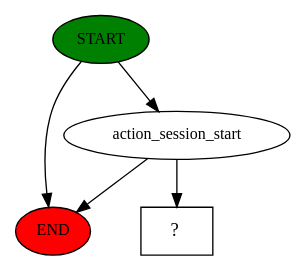
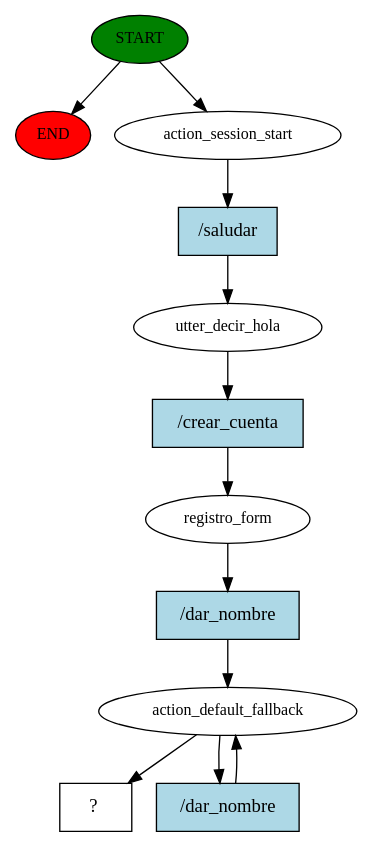
The diagram in story_graph.dot (Daniel45450/chatbot_exploratoria), drawn with Graphviz before and after one commit. The commit also changed 7 other files, not shown here.

```diff
--- a/story_graph.dot
+++ b/story_graph.dot
@@ -1,10 +1,24 @@
 digraph  {
 0 [class="start active", fillcolor=green, fontsize=12, label=START, style=filled];
 "-1" [class=end, fillcolor=red, fontsize=12, label=END, style=filled];
 1 [class=active, fontsize=12, label=action_session_start];
-3 [class="intent dashed active", label="  ?  ", shape=rect];
+2 [class=active, fontsize=12, label=utter_decir_hola];
+3 [class=active, fontsize=12, label=registro_form];
+4 [class=active, fontsize=12, label=action_default_fallback];
+6 [class="intent dashed active", label="  ?  ", shape=rect];
+7 [class="intent active", fillcolor=lightblue, label="/saludar", shape=rect, style=filled];
+8 [class="intent active", fillcolor=lightblue, label="/crear_cuenta", shape=rect, style=filled];
+9 [class="intent active", fillcolor=lightblue, label="/dar_nombre", shape=rect, style=filled];
+10 [class="intent active", fillcolor=lightblue, label="/dar_nombre", shape=rect, style=filled];
+0 -> "-1"  [class="", key=NONE, label=""];
 0 -> 1  [class=active, key=NONE, label=""];
-0 -> "-1"  [class="", key=NONE, label=""];
-1 -> "-1"  [class="", key=NONE, label=""];
-1 -> 3  [class=active, key=NONE, label=""];
+1 -> 7  [class=active, key=0];
+2 -> 8  [class=active, key=0];
+3 -> 9  [class=active, key=0];
+4 -> 6  [class=active, key=NONE, label=""];
+4 -> 10  [class=active, key=0];
+7 -> 2  [class=active, key=0];
+8 -> 3  [class=active, key=0];
+9 -> 4  [class=active, key=0];
+10 -> 4  [class=active, key=0];
 }
```
